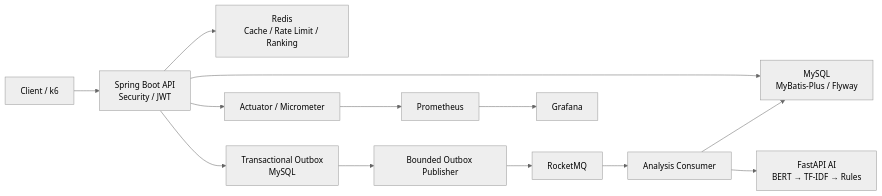
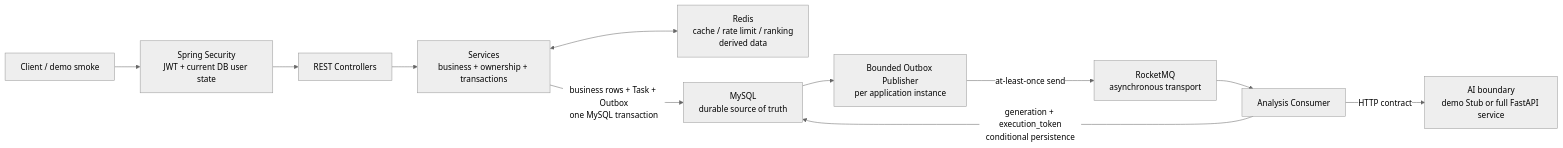
The diagram in README.md (mofengyan595/courseinsight-cloud), drawn with Mermaid (neutral theme) before and after one commit. The commit also changed other lines of this file and 7 other files, not shown here.

````diff
--- a/README.md
+++ b/README.md
@@ -23,15 +166,14 @@
 ```mermaid
 flowchart LR
-    Client["Client / k6"] --> API["Spring Boot API<br/>Security / JWT"]
-    API --> MySQL["MySQL<br/>MyBatis-Plus / Flyway"]
-    API --> Redis["Redis<br/>Cache / Rate Limit / Ranking"]
-    API --> Outbox["Transactional Outbox<br/>MySQL"]
-    Outbox --> Publisher["Bounded Outbox Publisher"]
-    Publisher --> MQ["RocketMQ"]
-    MQ --> Consumer["Analysis Consumer"]
-    Consumer --> AI["FastAPI AI<br/>BERT → TF-IDF → Rules"]
-    Consumer --> MySQL
-    API --> Metrics["Actuator / Micrometer"]
-    Metrics --> Prometheus["Prometheus"]
-    Prometheus --> Grafana["Grafana"]
+    Client["Client / demo smoke"] --> Security["Spring Security<br/>JWT + current DB user state"]
+    Security --> Controller["REST Controllers"]
+    Controller --> Service["Services<br/>business + ownership + transactions"]
+    Service <--> Redis["Redis<br/>cache / rate limit / ranking<br/>derived data"]
+    Service -->|"business rows + Task + Outbox<br/>one MySQL transaction"| MySQL["MySQL<br/>durable source of truth"]
+
+    MySQL --> Publisher["Bounded Outbox Publisher<br/>per application instance"]
+    Publisher -->|"at-least-once send"| RocketMQ["RocketMQ<br/>asynchronous transport"]
+    RocketMQ --> Consumer["Analysis Consumer"]
+    Consumer -->|"HTTP contract"| AI["AI boundary<br/>demo Stub or full FastAPI service"]
+    Consumer -->|"generation + execution_token<br/>conditional persistence"| MySQL
 ```
````
